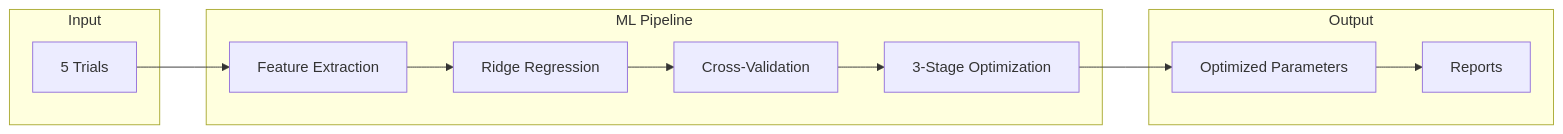
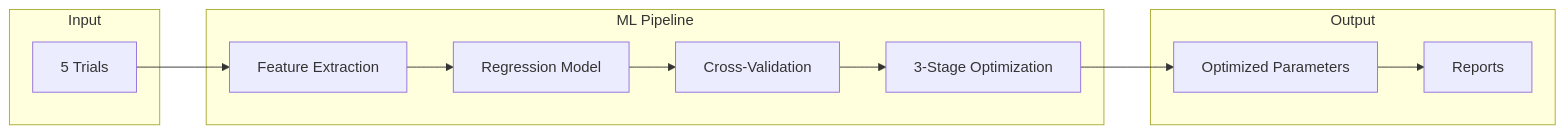
The diagram in PROJECT_OVERVIEW.md (MHA-FinalProject/AquaGuardian), drawn with Mermaid before and after one commit. The commit also changed other lines of this file and 1500 other files, not shown here.

````diff
--- a/PROJECT_OVERVIEW.md
+++ b/PROJECT_OVERVIEW.md
@@ -20,25 +20,25 @@
 ```mermaid
 flowchart LR
     A[5 Trials] --> B[Feature Extraction]
-    B --> C[Ridge Regression]
+    B --> C[Regression Model]
     C --> D[Cross-Validation]
     D --> E[3-Stage Optimization]
     E --> F[Optimized Parameters]
     F --> G[Reports]
 
     subgraph "Input"
         A
     end
 
     subgraph "ML Pipeline"
         B
         C
         D
         E
     end
 
     subgraph "Output"
         F
         G
     end
 ```
````
